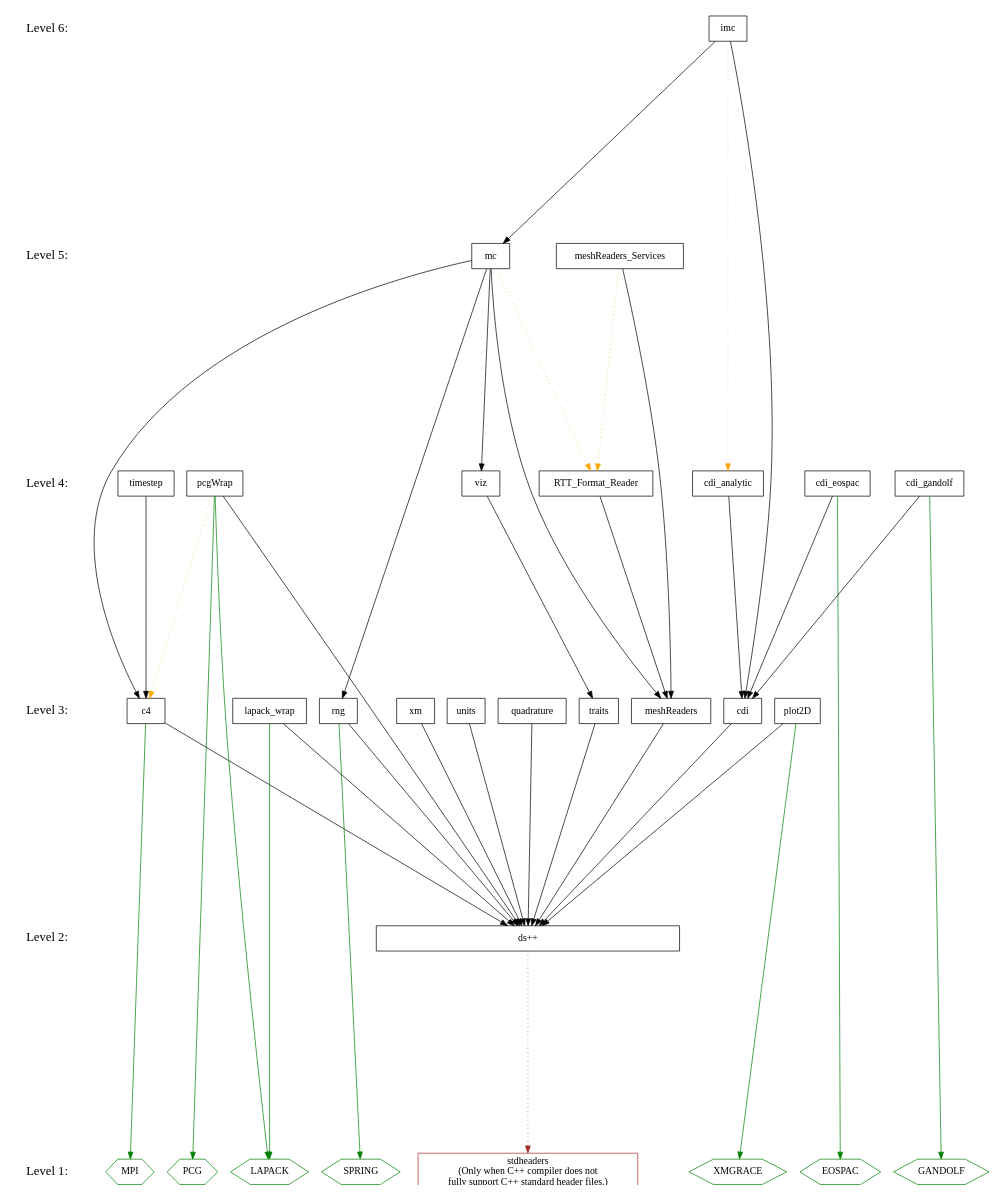
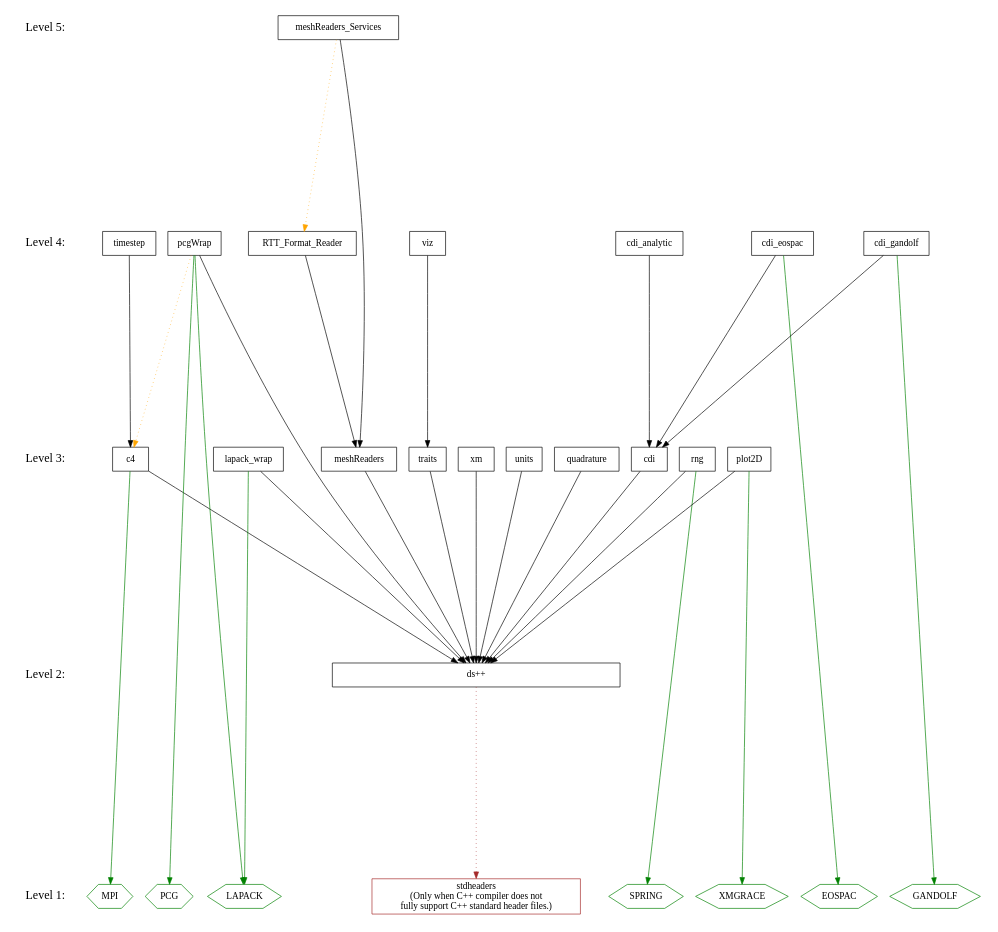
Before and after one commit to losalamos/Draco: the diagram in doc/design/level.dot, drawn with Graphviz. The commit also changed 5 other files, not shown here.

First line of the commit message:
Updated documentation describing move of mc and imc to clubimc library. Updated draco levelization diagram.

```diff
--- a/doc/design/level.dot
+++ b/doc/design/level.dot
@@ -1,120 +1,104 @@
 digraph draco_level {
     /* graph attributes */
     center=1;
     size="7.5,10";
     ranksep=4;
     
     /* levels */
     level1 [shape=plaintext, label="Level 1:", fontsize=18];
     level2 [shape=plaintext, label="Level 2:", fontsize=18];
     level3 [shape=plaintext, label="Level 3:", fontsize=18];
     level4 [shape=plaintext, label="Level 4:", fontsize=18];
     level5 [shape=plaintext, label="Level 5:", fontsize=18];
-    level6 [shape=plaintext, label="Level 6:", fontsize=18];
     
-    level6 -> level5 -> level4 -> level3 -> level2 -> level1 [style=invis];
+    level5 -> level4 -> level3 -> level2 -> level1 [style=invis];
     
     /* packages */
 
     /* level 1 */
     stdheaders [shape=box,     color=brown, label="stdheaders\n(Only when C++ compiler does not\nfully support C++ standard header files.)"];
     vmpi       [shape=hexagon, color=green, label="MPI"];
     vlapack    [shape=hexagon, color=green, label="LAPACK"];
     vpcg       [shape=hexagon, color=green, label="PCG"];
     vgandolf   [shape=hexagon, color=green, label="GANDOLF"];
     veospac    [shape=hexagon, color=green, label="EOSPAC"];
     vgrace     [shape=hexagon, color=green, label="XMGRACE"];
     vspring    [shape=hexagon, color=green, label="SPRING"];
         
     /* level 2 */
     dsxx [shape=box, label="ds++", width=6];
     
     /* level 3 */
     traits [shape=box, label="traits"];
     xm [shape=box, label="xm"];
     c4 [shape=box, label="c4"];
     rng [shape=box, label="rng"];
     units [shape=box, label="units"];
     cdi [shape=box, label="cdi"];
     quad [shape=box, label="quadrature"];
     meshread [shape=box, label="meshReaders"];
     plot [shape=box, label="plot2D"];
     lapack [shape=box, label="lapack_wrap"];
     
     /* level 4 */
     viz [shape=box, label="viz"];
     timestep [shape=box, label="timestep"];
     cdianal [shape=box, label="cdi_analytic"];
     cdieos [shape=box, label="cdi_eospac"];
     cdigan [shape=box, label="cdi_gandolf"];
     pcg [shape=box, label="pcgWrap"];
     rttread [shape=box, label="RTT_Format_Reader"];
     
     /* level 5 */
-    mc [shape=box, label="mc"];
     meshservice [shape=box, label="meshReaders_Services"];
-
-    /* level 6 */
-    imc [shape=box, label="imc"];
     
     /* dependencies */
     {rank=same; level1 stdheaders vlapack vpcg vmpi veospac  vgandolf vgrace vspring};
     {rank=same; level2 dsxx};
     {rank=same; level3 plot lapack traits xm c4 rng units meshread cdi quad};
     {rank=same; level4 rttread viz timestep cdianal cdieos cdigan pcg};
-    {rank=same; level5 mc meshservice};
-    {rank=same; level6 imc};
+    {rank=same; level5 meshservice};
     
     /* draco packages */
 
     /* NOTE:  hidden dependencies are in comments at the end of each line.
      * For example if a package depends on c4 it implicitly depends on dsxx
      * as well.  The dependency on dsxx is not shown explicitly on the
      * graph. 
     
     /* level 2 */
     dsxx -> {stdheaders}   [color="brown" style=dotted];
     
     /* level 3 */
     xm          -> {dsxx};
     units       -> {dsxx};
     traits      -> {dsxx};
     c4          -> {dsxx};
     c4          -> {vmpi}    [color="green"];
     rng         -> {dsxx};
     rng         -> {vspring} [color="green"];
     cdi         -> {dsxx};
     meshread    -> {dsxx};
     quad        -> {dsxx};
     plot        -> {dsxx};
     plot        -> {vgrace}  [color="green"];
     lapack      -> {dsxx};
     lapack      -> {vlapack} [color="green"];
     
     /* level 4 */
     viz         -> {traits};      /* traits: dsxx */
     timestep    -> {c4};          /* c4      : dsxx */
     pcg         -> {dsxx};
     pcg         -> {vlapack vpcg} [color="green"];
     pcg         -> {c4}           [color="orange" style=dotted];
     cdianal     -> {cdi};         /* cdi     : dsxx */
     cdieos      -> {cdi};         /* cdi     : dsxx */
     cdieos      -> {veospac}      [color="green"]; 
     cdigan      -> {cdi};         /* cdi     : dsxx */
     cdigan      -> {vgandolf}     [color="green"];
     rttread     -> {meshread};    /* meshread: dsxx */
 
     /* level 5 */
-    mc          -> {viz meshread rng c4}; /* c4 : dsxx
-					     viz: traits */
-    mc          -> {rttread} [color="orange" style=dotted];
     meshservice -> {meshread};           /* meshread: dsxx */
     meshservice -> {rttread} [color="orange" style=dotted];
-
-    /* level 6 */
-    imc         -> {mc cdi};  /*  c4: dsxx
-				 viz: traits
-				  mc: rng viz meshReaders c4 */
-                     
-    imc         -> {cdianal} [color="orange" style=dotted];
 }
```
